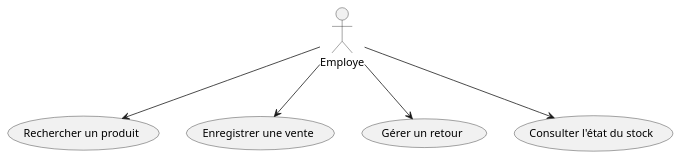
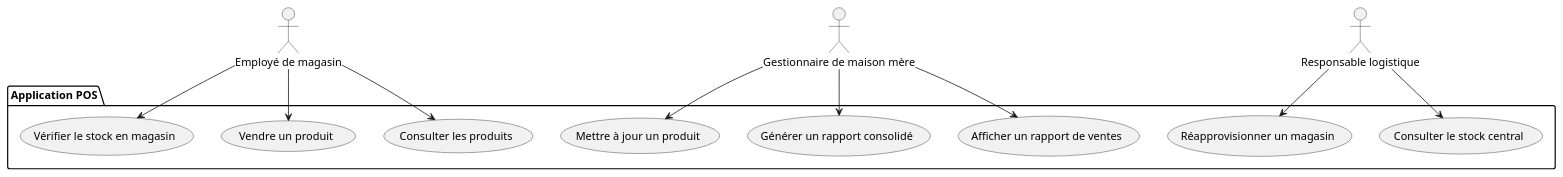
The diagram in backend/docs/uml/code/cas-utilisation.puml (eusebe13/labo2_Log430), drawn with PlantUML before and after one commit. The commit also changed 4 other files, not shown here.

Commit message:
update diagramme

```diff
--- a/backend/docs/uml/code/cas-utilisation.puml
+++ b/backend/docs/uml/code/cas-utilisation.puml
@@ -1,15 +1,32 @@
 @startuml usecase-pos
 
-actor Employe
+actor Employe as "Employé de magasin"
+actor Gestionnaire as "Gestionnaire de maison mère"
+actor Responsable as "Responsable logistique"
 
-usecase "Rechercher un produit" as UC1
-usecase "Enregistrer une vente" as UC2
-usecase "Gérer un retour" as UC3
-usecase "Consulter l'état du stock" as UC4
+package "Application POS" {
+  
+  usecase UC1 as "Consulter les produits"
+  usecase UC2 as "Vendre un produit"
+  usecase UC3 as "Vérifier le stock en magasin"
+
+  usecase UC4 as "Afficher un rapport de ventes"
+  usecase UC5 as "Générer un rapport consolidé"
+  usecase UC6 as "Mettre à jour un produit"
+
+  usecase UC7 as "Consulter le stock central"
+  usecase UC8 as "Réapprovisionner un magasin"
+}
 
 Employe --> UC1
 Employe --> UC2
 Employe --> UC3
-Employe --> UC4
+
+Gestionnaire --> UC4
+Gestionnaire --> UC5
+Gestionnaire --> UC6
+
+Responsable --> UC7
+Responsable --> UC8
 
 @enduml
```
